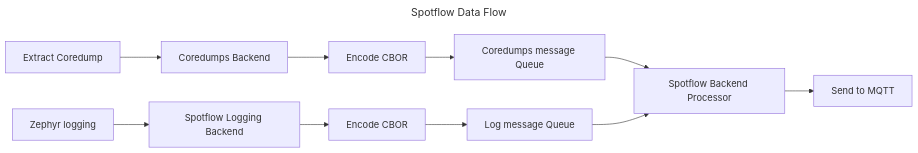
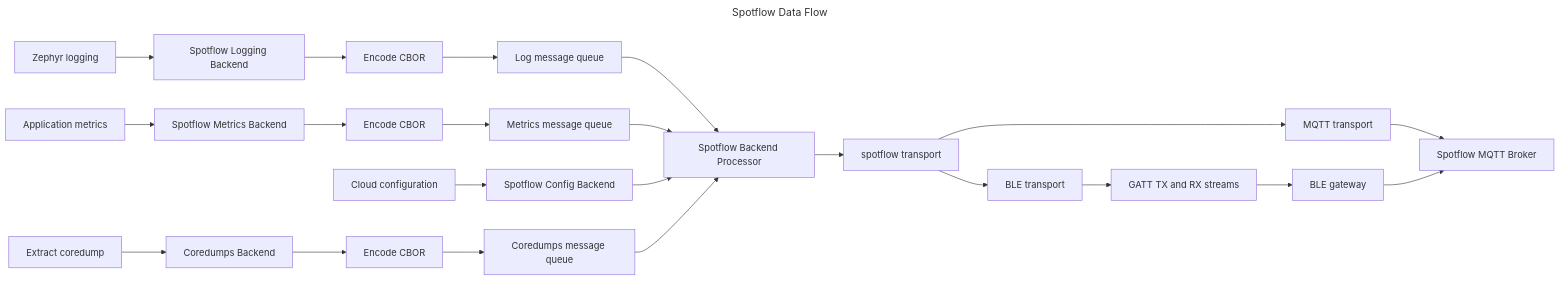
The second of 3 diagrams in README.md (spotflow-io/device-sdk), drawn with Mermaid before and after one commit. The commit also changed other lines of this file and 77 other files, not shown here.

````diff
--- a/README.md
+++ b/README.md
@@ -64,19 +71,34 @@
 ```mermaid
 ---
 title: Spotflow Data Flow
 ---
 flowchart LR
     processor[Spotflow Backend Processor]
+    transport[spotflow transport]
 
     A[Zephyr logging] --> B[Spotflow Logging Backend]
-    B --> D[Encode CBOR]
-    D --> E[Log message Queue]
+    B --> C[Encode CBOR]
+    C --> D[Log message queue]
+    D --> processor
 
-    O[Extract Coredump] --> P[Coredumps Backend]
-    P[Coredumps Backend] --> Q[Encode CBOR]
-    Q --> R[Coredumps message Queue]
-    R --> processor
+    E[Application metrics] --> F[Spotflow Metrics Backend]
+    F --> G[Encode CBOR]
+    G --> H[Metrics message queue]
+    H --> processor
 
-    E --> processor
-    processor --> G[Send to MQTT]
+    I[Cloud configuration] --> J[Spotflow Config Backend]
+    J --> processor
+
+    K[Extract coredump] --> L[Coredumps Backend]
+    L --> M[Encode CBOR]
+    M --> N[Coredumps message queue]
+    N --> processor
+
+    processor --> transport
+    transport --> O[MQTT transport]
+    transport --> P[BLE transport]
+    O --> Q[Spotflow MQTT Broker]
+    P --> R[GATT TX and RX streams]
+    R --> S[BLE gateway]
+    S --> Q
 ```
````
